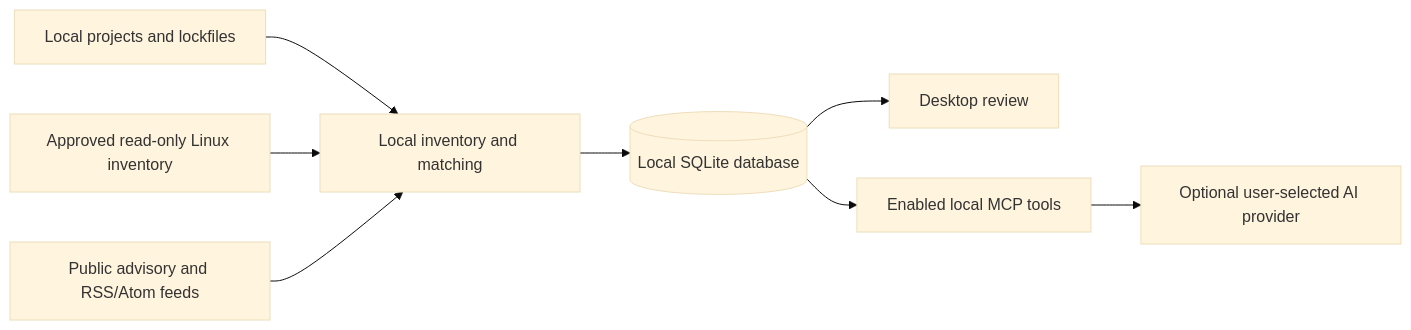
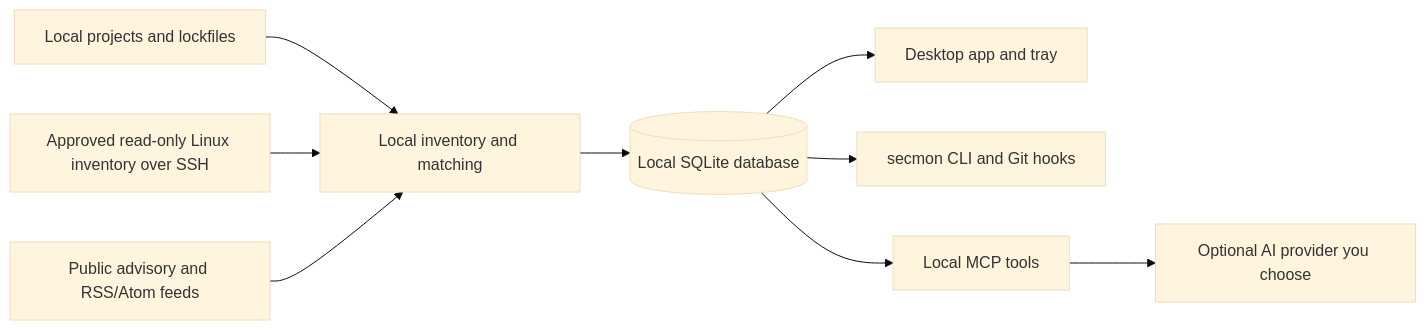
Before and after one commit to umitaltinozzz/security-monitor: the diagram in README.md, drawn with Mermaid (base theme). The commit also changed other lines of this file and 4 other files, not shown here.

````diff
--- a/README.md
+++ b/README.md
@@ -17,10 +55,11 @@
 ```mermaid
 flowchart LR
   Repo[Local projects and lockfiles] --> Local[Local inventory and matching]
-  Host[Approved read-only Linux inventory] --> Local
+  Host[Approved read-only Linux inventory over SSH] --> Local
   Feeds[Public advisory and RSS/Atom feeds] --> Local
   Local --> Store[(Local SQLite database)]
-  Store --> Desktop[Desktop review]
-  Store --> MCP[Enabled local MCP tools]
-  MCP --> AI[Optional user-selected AI provider]
+  Store --> Desktop[Desktop app and tray]
+  Store --> CLI[secmon CLI and Git hooks]
+  Store --> MCP[Local MCP tools]
+  MCP --> AI[Optional AI provider you choose]
 ```
````
